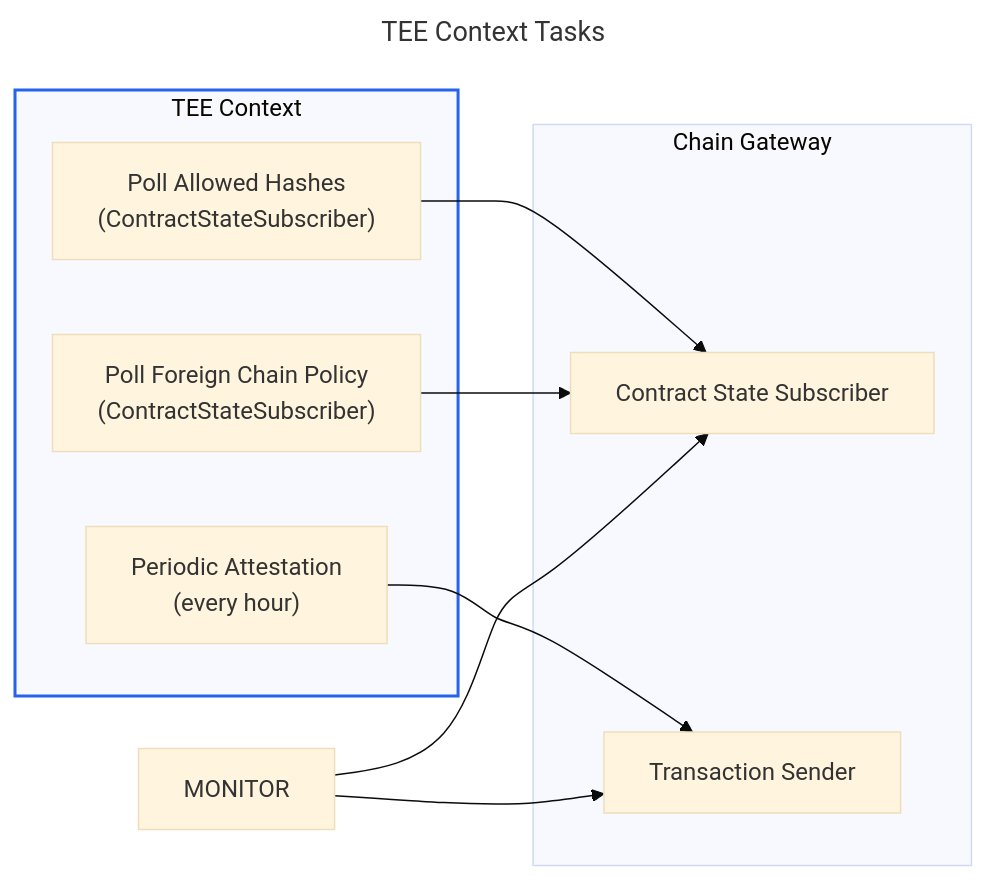
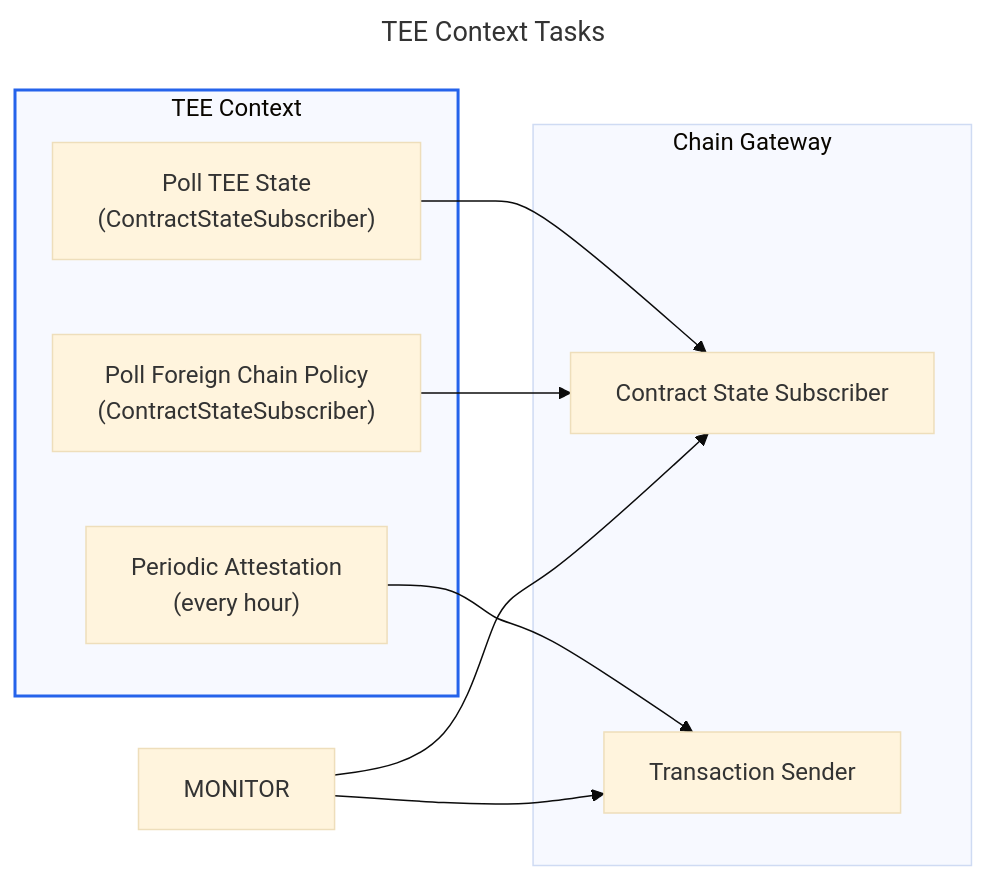
The third of 4 diagrams in docs/design/tee-lifecycle.md (near/mpc), drawn with Mermaid (base theme) before and after one commit. The commit also changed other lines of this file and 20 other files, not shown here.

````diff
--- a/docs/design/tee-lifecycle.md
+++ b/docs/design/tee-lifecycle.md
@@ -155,26 +155,26 @@
 ```mermaid
 ---
 title: TEE Context Tasks
 ---
 flowchart LR
 
 subgraph TEE_CTX["TEE Context"]
-    POLL_HASHES["Poll Allowed Hashes<br/>(ContractStateSubscriber)"]
+    POLL_HASHES["Poll TEE State<br/>(ContractStateSubscriber)"]
     POLL_FCP["Poll Foreign Chain Policy<br/>(ContractStateSubscriber)"]
     ATTEST["Periodic Attestation<br/>(every hour)"]
 end
 
 subgraph CHAIN["Chain Gateway"]
     CSUB["Contract State Subscriber"]
     TSEND["Transaction Sender"]
 end
 
 POLL_HASHES --> CSUB
 POLL_FCP --> CSUB
 ATTEST --> TSEND
 MONITOR --> CSUB
 MONITOR --> TSEND
 
 classDef ctx stroke:#2563eb,stroke-width:2px;
 class TEE_CTX ctx;
 ```
````
